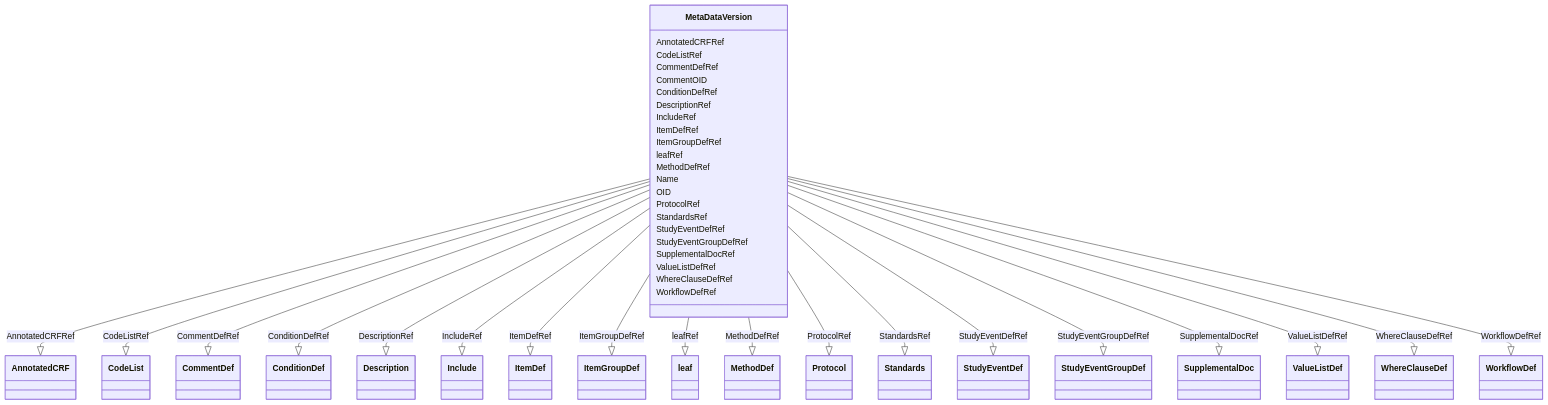
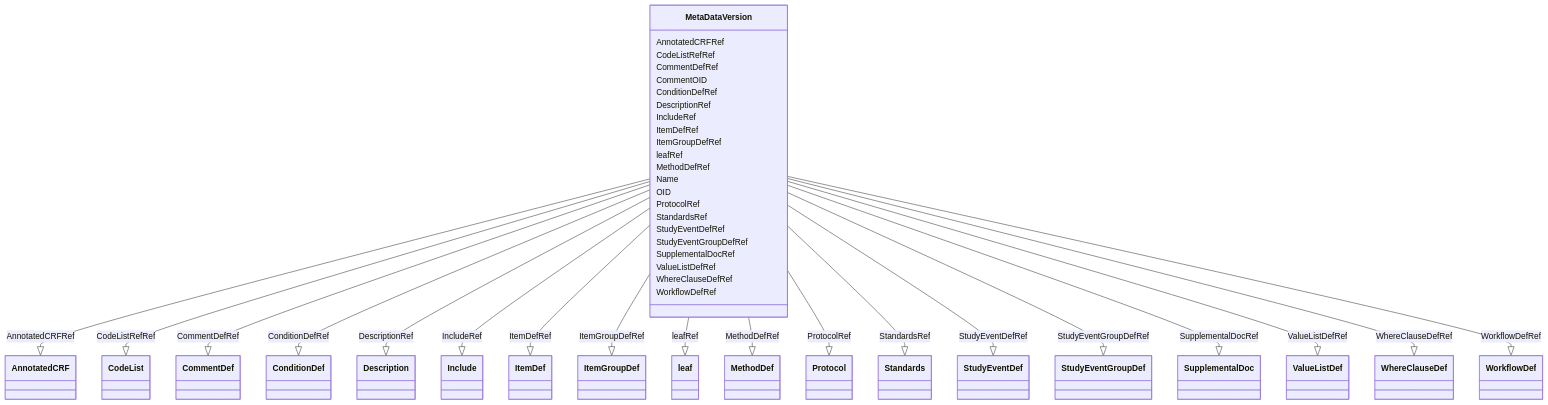
Before and after one commit to cdisc-org/DataExchange-ODM-LinkML: the diagram in docs/MetaDataVersion.md, drawn with Mermaid. The commit also changed other lines of this file and 398 other files, not shown here.

Commit message:
refreshing for latest updates to schema

````diff
--- a/docs/MetaDataVersion.md
+++ b/docs/MetaDataVersion.md
@@ -9,83 +9,83 @@
 ```mermaid
  classDiagram
     class MetaDataVersion
       MetaDataVersion : AnnotatedCRFRef
         
           MetaDataVersion --|> AnnotatedCRF : AnnotatedCRFRef
         
-      MetaDataVersion : CodeListRef
+      MetaDataVersion : CodeListRefRef
         
-          MetaDataVersion --|> CodeList : CodeListRef
+          MetaDataVersion --|> CodeList : CodeListRefRef
         
       MetaDataVersion : CommentDefRef
         
           MetaDataVersion --|> CommentDef : CommentDefRef
         
       MetaDataVersion : CommentOID
         
       MetaDataVersion : ConditionDefRef
         
           MetaDataVersion --|> ConditionDef : ConditionDefRef
         
       MetaDataVersion : DescriptionRef
         
           MetaDataVersion --|> Description : DescriptionRef
         
       MetaDataVersion : IncludeRef
         
           MetaDataVersion --|> Include : IncludeRef
         
       MetaDataVersion : ItemDefRef
         
           MetaDataVersion --|> ItemDef : ItemDefRef
         
       MetaDataVersion : ItemGroupDefRef
         
           MetaDataVersion --|> ItemGroupDef : ItemGroupDefRef
         
       MetaDataVersion : leafRef
         
           MetaDataVersion --|> leaf : leafRef
         
       MetaDataVersion : MethodDefRef
         
           MetaDataVersion --|> MethodDef : MethodDefRef
         
       MetaDataVersion : Name
         
       MetaDataVersion : OID
         
       MetaDataVersion : ProtocolRef
         
           MetaDataVersion --|> Protocol : ProtocolRef
         
       MetaDataVersion : StandardsRef
         
           MetaDataVersion --|> Standards : StandardsRef
         
       MetaDataVersion : StudyEventDefRef
         
           MetaDataVersion --|> StudyEventDef : StudyEventDefRef
         
       MetaDataVersion : StudyEventGroupDefRef
         
           MetaDataVersion --|> StudyEventGroupDef : StudyEventGroupDefRef
         
       MetaDataVersion : SupplementalDocRef
         
           MetaDataVersion --|> SupplementalDoc : SupplementalDocRef
         
       MetaDataVersion : ValueListDefRef
         
           MetaDataVersion --|> ValueListDef : ValueListDefRef
         
       MetaDataVersion : WhereClauseDefRef
         
           MetaDataVersion --|> WhereClauseDef : WhereClauseDefRef
         
       MetaDataVersion : WorkflowDefRef
         
           MetaDataVersion --|> WorkflowDef : WorkflowDefRef
         
       
 ```
````
